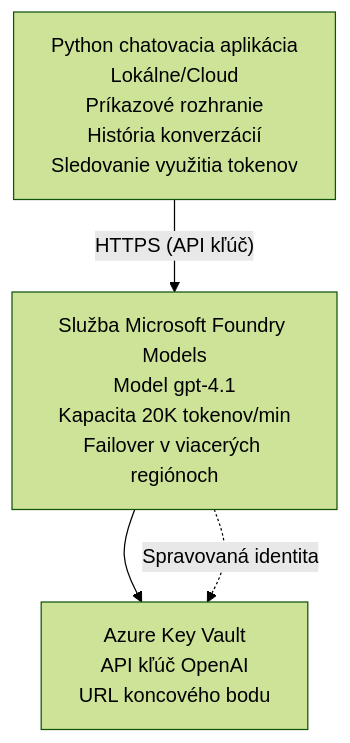
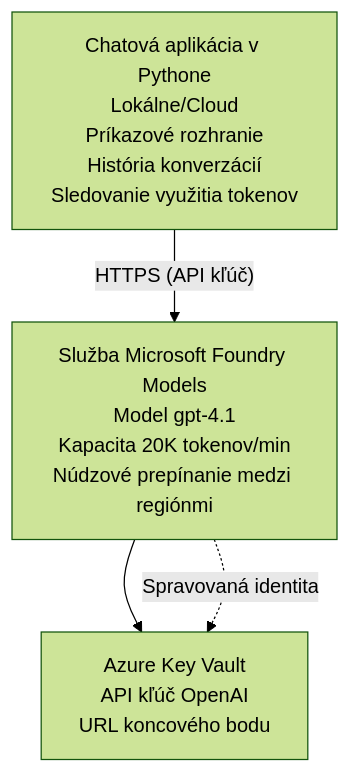
One commit to microsoft/AZD-for-beginners changed the diagram in translations/sk/examples/azure-openai-chat/README.md. Above: the diagram before and after it, drawn with Mermaid (forest theme). The commit also changed other lines of this file and 104 other files, not shown here.

````diff
--- a/translations/sk/examples/azure-openai-chat/README.md
+++ b/translations/sk/examples/azure-openai-chat/README.md
@@ -26,6 +26,6 @@
 ```mermaid
 graph TD
-    App[Python chatovacia aplikácia<br/>Lokálne/Cloud<br/>Príkazové rozhranie<br/>História konverzácií<br/>Sledovanie využitia tokenov] -- "HTTPS (API kľúč)" --> Foundry[Služba Microsoft Foundry Models<br/>Model gpt-4.1<br/>Kapacita 20K tokenov/min<br/>Failover v viacerých regiónoch]
+    App[Chatová aplikácia v Pythone<br/>Lokálne/Cloud<br/>Príkazové rozhranie<br/>História konverzácií<br/>Sledovanie využitia tokenov] -- "HTTPS (API kľúč)" --> Foundry[Služba Microsoft Foundry Models<br/>Model gpt-4.1<br/>Kapacita 20K tokenov/min<br/>Núdzové prepínanie medzi regiónmi]
     Foundry --> KV[Azure Key Vault<br/>API kľúč OpenAI<br/>URL koncového bodu]
     Foundry -. Spravovaná identita .-> KV
 ```
````
